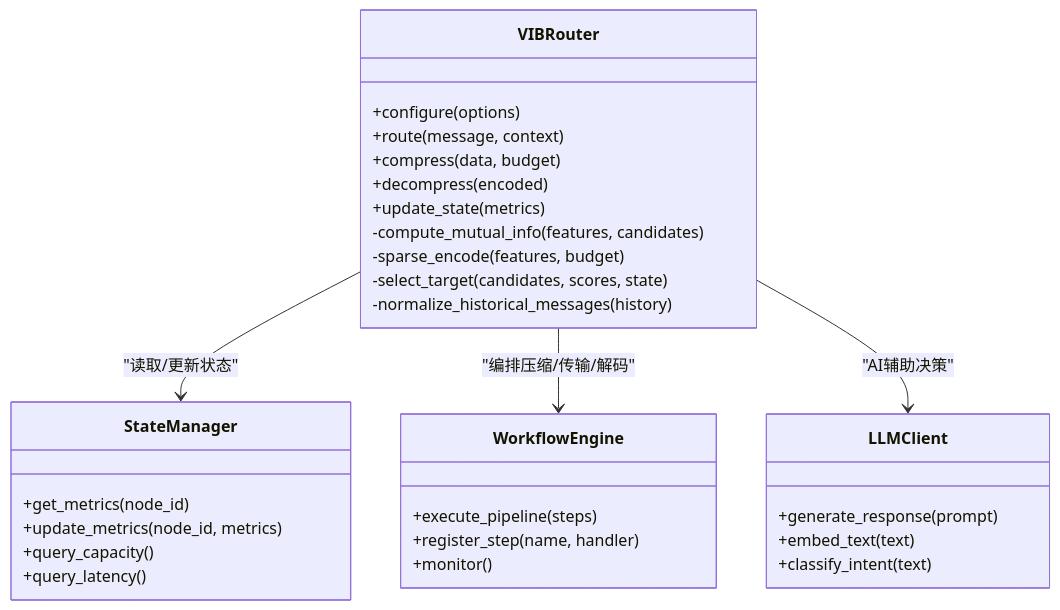
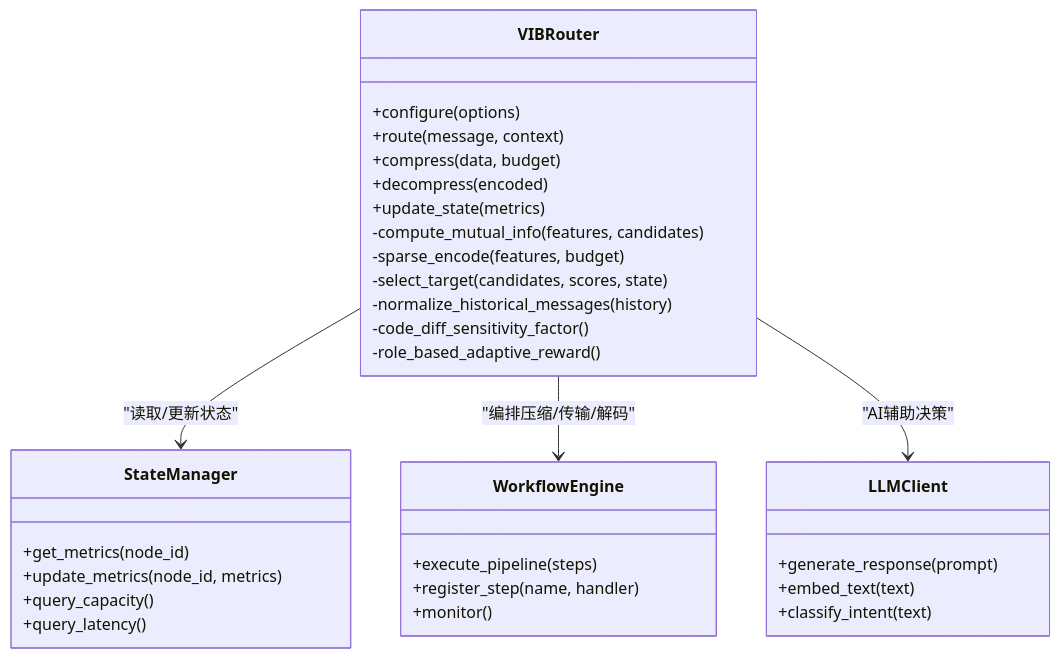
One commit to QuStarry/VIB-SparseCommunication changed the third of 4 diagrams in .qoder/repowiki/zh/content/核心架构/VIB路由器.md. Above: the diagram before and after it, drawn with Mermaid. The commit also changed other lines of this file and 32 other files, not shown here.

````diff
--- a/.qoder/repowiki/zh/content/核心架构/VIB路由器.md
+++ b/.qoder/repowiki/zh/content/核心架构/VIB路由器.md
@@ -164,33 +168,35 @@
 ```mermaid
 classDiagram
 class VIBRouter {
 +configure(options)
 +route(message, context)
 +compress(data, budget)
 +decompress(encoded)
 +update_state(metrics)
 -compute_mutual_info(features, candidates)
 -sparse_encode(features, budget)
 -select_target(candidates, scores, state)
 -normalize_historical_messages(history)
+-code_diff_sensitivity_factor()
+-role_based_adaptive_reward()
 }
 class StateManager {
 +get_metrics(node_id)
 +update_metrics(node_id, metrics)
 +query_capacity()
 +query_latency()
 }
 class WorkflowEngine {
 +execute_pipeline(steps)
 +register_step(name, handler)
 +monitor()
 }
 class LLMClient {
 +generate_response(prompt)
 +embed_text(text)
 +classify_intent(text)
 }
 VIBRouter --> StateManager : "读取/更新状态"
 VIBRouter --> WorkflowEngine : "编排压缩/传输/解码"
 VIBRouter --> LLMClient : "AI辅助决策"
 ```
````
